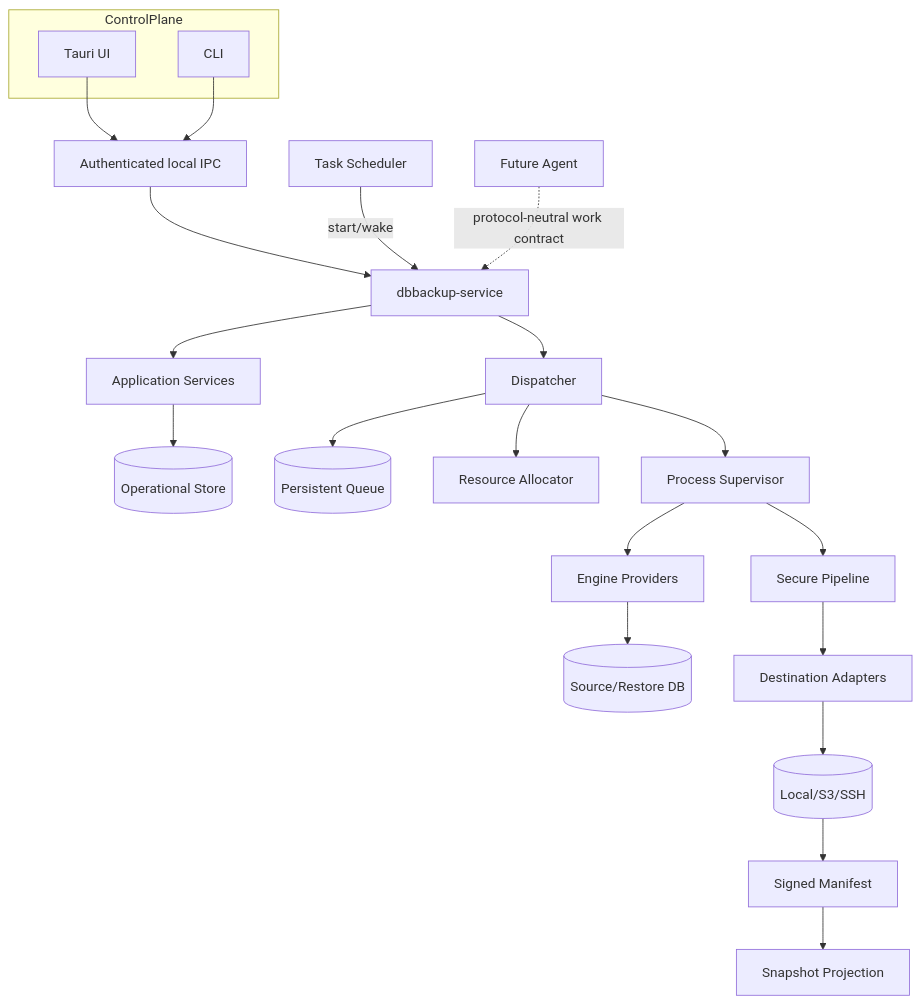
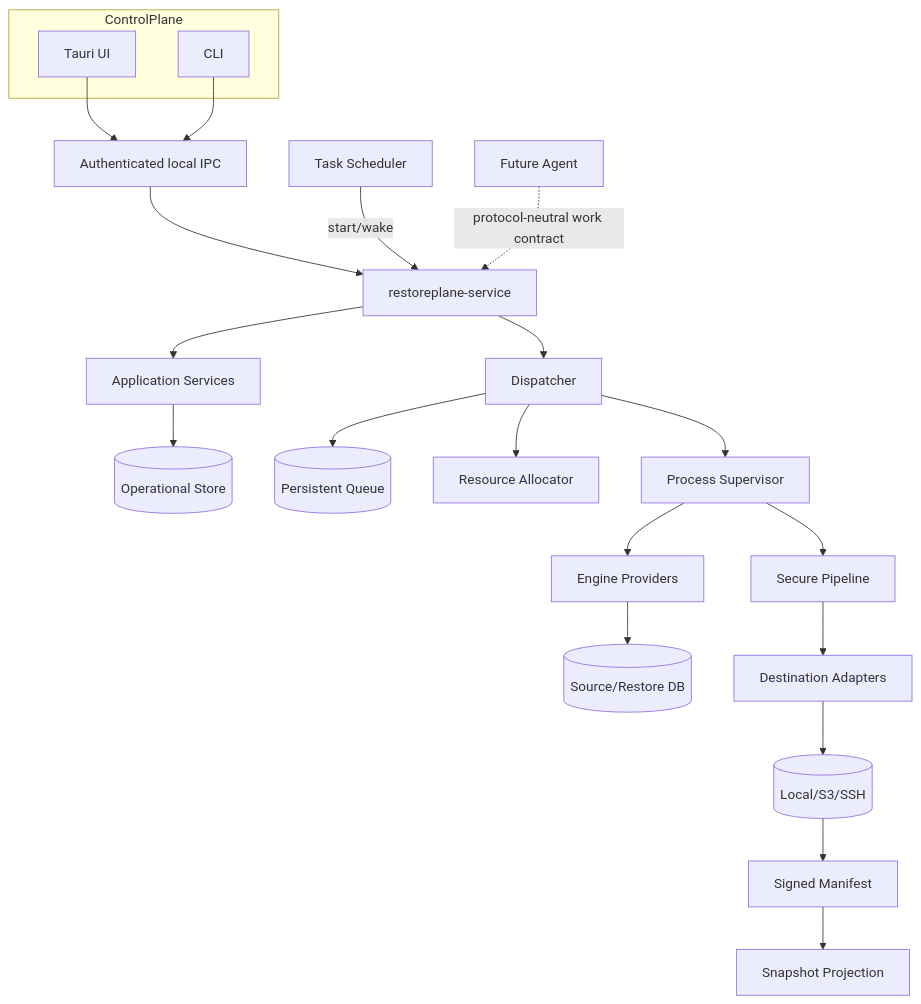
The diagram in docs/plan/connected-backup-platform-v2/plan.md (Dannykkh/restoreplane), drawn with Mermaid before and after one commit. The commit also changed other lines of this file and 842 other files, not shown here.

````diff
--- a/docs/plan/connected-backup-platform-v2/plan.md
+++ b/docs/plan/connected-backup-platform-v2/plan.md
@@ -19,25 +19,25 @@
 ```mermaid
 flowchart TB
     subgraph ControlPlane
       UI[Tauri UI]
       CLI[CLI]
     end
     UI --> IPC[Authenticated local IPC]
     CLI --> IPC
-    IPC --> SVC[dbbackup-service]
+    IPC --> SVC[restoreplane-service]
     SCHED[Task Scheduler] -->|start/wake| SVC
     SVC --> APP[Application Services]
     APP --> STORE[(Operational Store)]
     SVC --> DISP[Dispatcher]
     DISP --> QUEUE[(Persistent Queue)]
     DISP --> ALLOC[Resource Allocator]
     DISP --> SUP[Process Supervisor]
     SUP --> PROVIDER[Engine Providers]
     PROVIDER --> DB[(Source/Restore DB)]
     SUP --> PIPE[Secure Pipeline]
     PIPE --> DEST[Destination Adapters]
     DEST --> STORAGE[(Local/S3/SSH)]
     STORAGE --> MANIFEST[Signed Manifest]
     MANIFEST --> PROJ[Snapshot Projection]
     AGENT[Future Agent] -. protocol-neutral work contract .-> SVC
 ```
````
